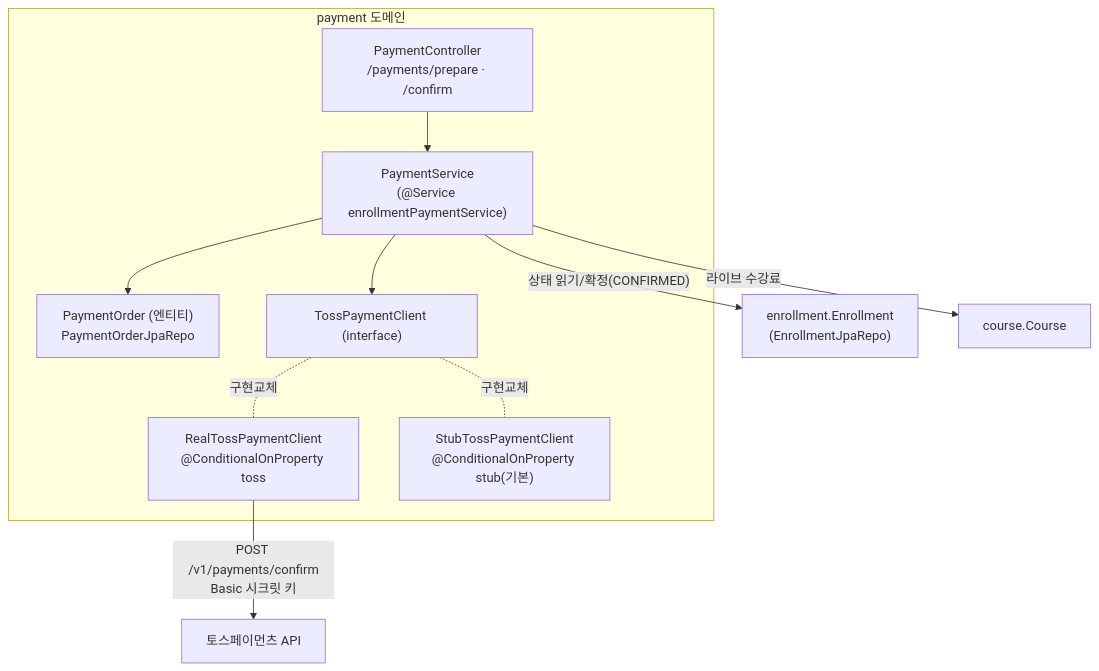
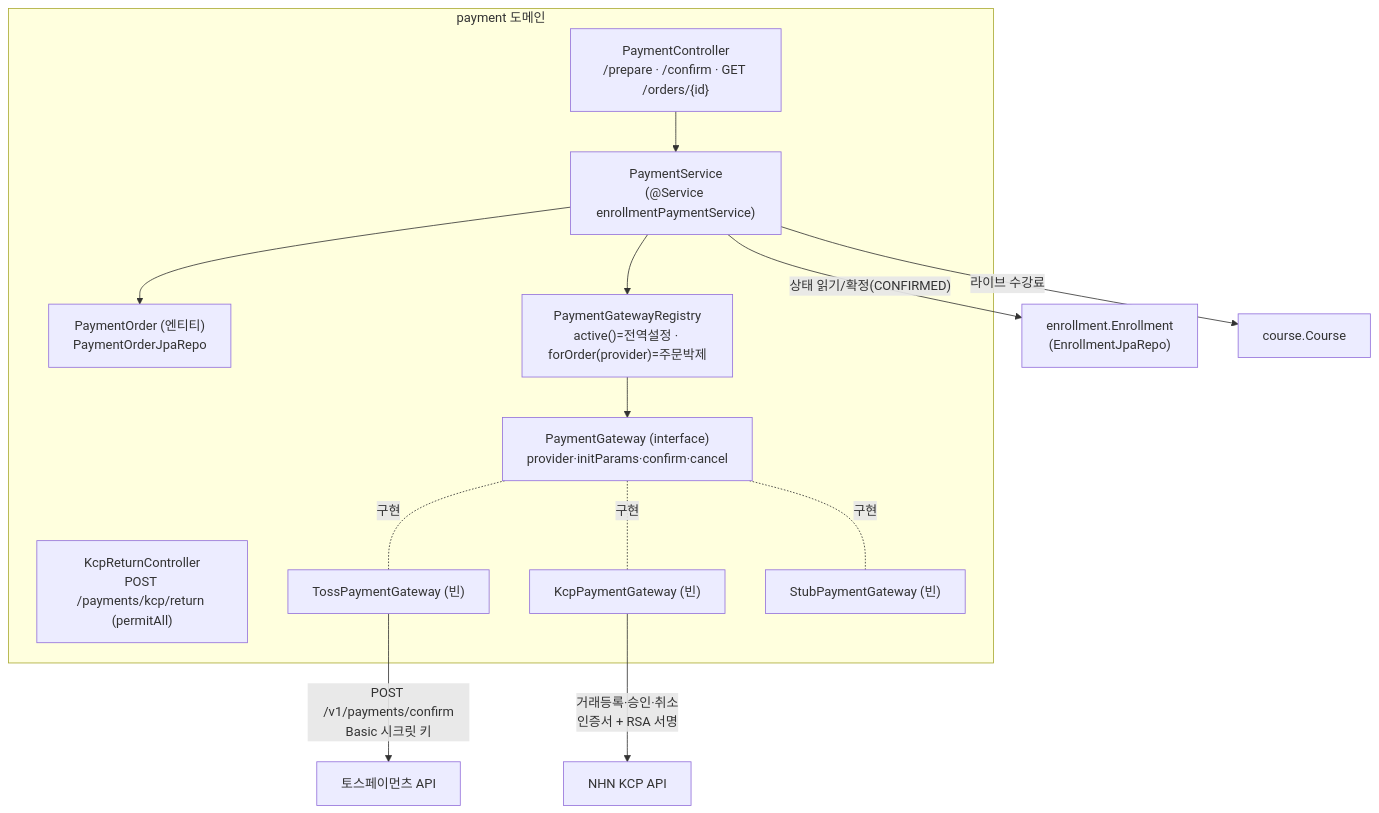
Before and after one commit to pungdong/Pungdong-Backend: the first of 3 diagrams in docs/architecture/payment.md, drawn with Mermaid. The commit also changed other lines of this file and 32 other files, not shown here.

````diff
--- a/docs/architecture/payment.md
+++ b/docs/architecture/payment.md
@@ -11,19 +11,25 @@
 ```mermaid
 flowchart TB
     subgraph payment["payment 도메인"]
-        Ctl["PaymentController<br/>/payments/prepare · /confirm"]
+        Ctl["PaymentController<br/>/prepare · /confirm · GET /orders/{id}"]
+        KcpRet["KcpReturnController<br/>POST /payments/kcp/return (permitAll)"]
         Svc["PaymentService<br/>(@Service enrollmentPaymentService)"]
         Order["PaymentOrder (엔티티)<br/>PaymentOrderJpaRepo"]
-        Client["TossPaymentClient (interface)"]
-        Real["RealTossPaymentClient<br/>@ConditionalOnProperty toss"]
-        Stub["StubTossPaymentClient<br/>@ConditionalOnProperty stub(기본)"]
+        Reg["PaymentGatewayRegistry<br/>active()=전역설정 · forOrder(provider)=주문박제"]
+        Client["PaymentGateway (interface)<br/>provider·initParams·confirm·cancel"]
+        Toss1["TossPaymentGateway (빈)"]
+        Kcp["KcpPaymentGateway (빈)"]
+        Stub["StubPaymentGateway (빈)"]
     end
     Ctl --> Svc
     Svc --> Order
-    Svc --> Client
-    Client -. 구현교체 .- Real
-    Client -. 구현교체 .- Stub
+    Svc --> Reg
+    Reg --> Client
+    Client -. 구현 .- Toss1
+    Client -. 구현 .- Kcp
+    Client -. 구현 .- Stub
     Svc -- "상태 읽기/확정(CONFIRMED)" --> Enr["enrollment.Enrollment<br/>(EnrollmentJpaRepo)"]
     Svc -- "라이브 수강료" --> Course["course.Course"]
-    Real -- "POST /v1/payments/confirm<br/>Basic 시크릿 키" --> Toss["토스페이먼츠 API"]
+    Toss1 -- "POST /v1/payments/confirm<br/>Basic 시크릿 키" --> TossApi["토스페이먼츠 API"]
+    Kcp -- "거래등록·승인·취소<br/>인증서 + RSA 서명" --> KcpApi["NHN KCP API"]
 ```
````
